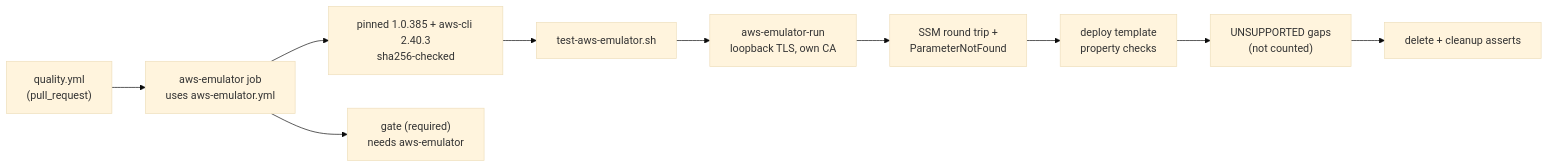
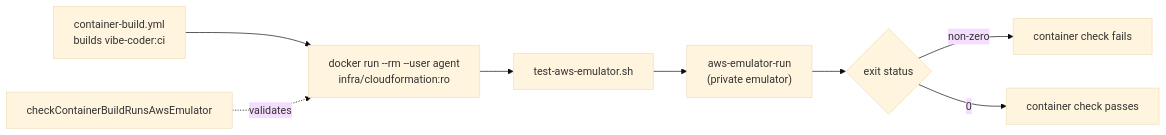
One commit to stSoftwareAU/VibeCoder changed the diagram in docs/archive/pr-summaries/pr-summary-5110.md. Above: the diagram before and after it, drawn with Mermaid (base theme). The commit also changed other lines of this file, not shown here.

First line of the commit message:
PR summary for the fresh-container agent run and validator fixes (Issue #5110)

````diff
--- a/docs/archive/pr-summaries/pr-summary-5110.md
+++ b/docs/archive/pr-summaries/pr-summary-5110.md
@@ -220,12 +77,10 @@
 ```mermaid
 flowchart LR
-    Q["quality.yml<br/>(pull_request)"] --> A["aws-emulator job<br/>uses aws-emulator.yml"]
-    A --> I["pinned 1.0.385 + aws-cli 2.40.3<br/>sha256-checked"]
-    I --> S["test-aws-emulator.sh"]
-    S --> R["aws-emulator-run<br/>loopback TLS, own CA"]
-    R --> M["SSM round trip +<br/>ParameterNotFound"]
-    M --> D["deploy template<br/>property checks"]
-    D --> G["UNSUPPORTED gaps<br/>(not counted)"]
-    G --> C["delete + cleanup asserts"]
-    A --> GATE["gate (required)<br/>needs aws-emulator"]
+    B["container-build.yml<br/>builds vibe-coder:ci"] --> A["docker run --rm --user agent<br/>infra/cloudformation:ro"]
+    A --> S["test-aws-emulator.sh"]
+    S --> R["aws-emulator-run<br/>(private emulator)"]
+    R --> X{"exit status"}
+    X -->|non-zero| F["container check fails"]
+    X -->|0| P["container check passes"]
+    V["checkContainerBuildRunsAwsEmulator"] -.validates.-> A
 ```
````
